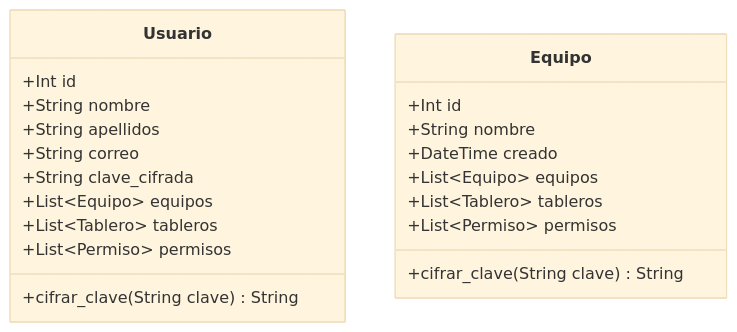
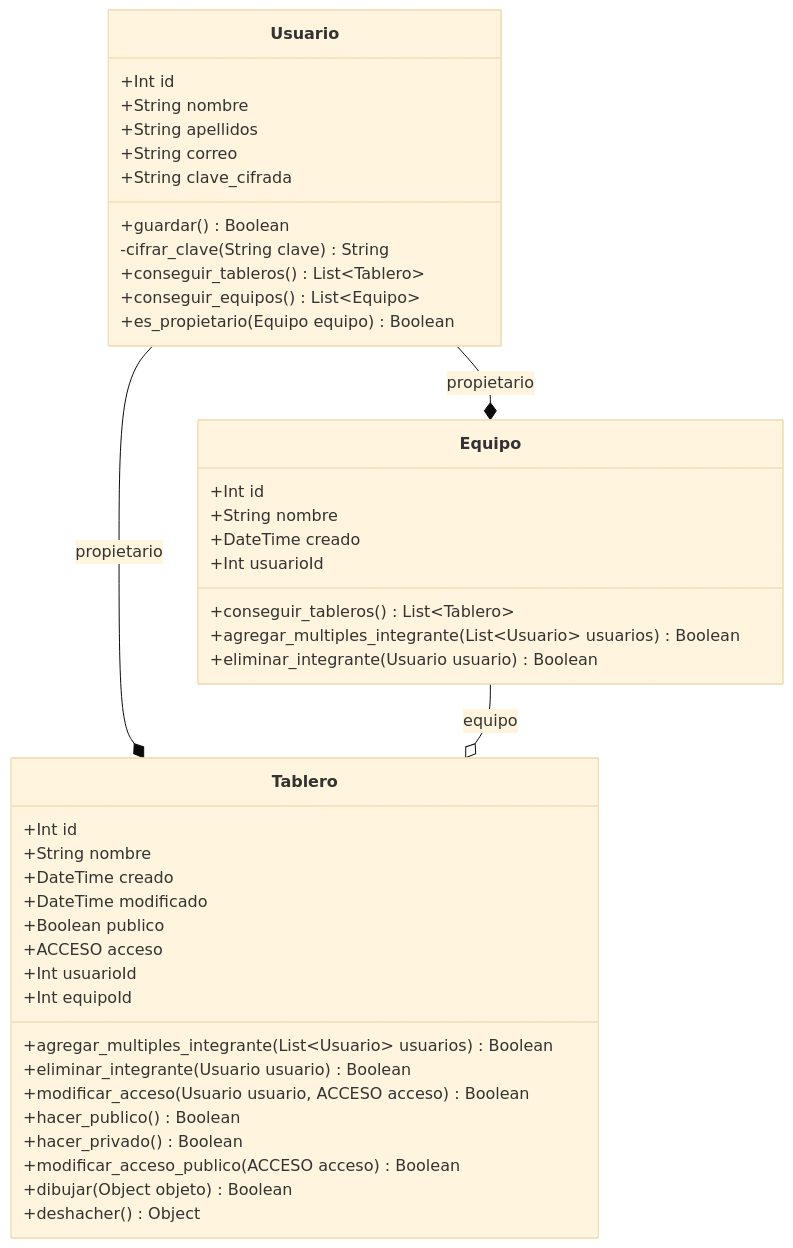
Before and after one commit to GaboGomezT/colab-whiteboard-tool: the diagram in diagrams/class.md, drawn with Mermaid (base theme).

Commit message:
updated class diagram

````diff
--- a/diagrams/class.md
+++ b/diagrams/class.md
@@ -7,26 +7,52 @@
 ```mermaid
 classDiagram
 class Usuario{
     +Int id
     +String nombre
     +String apellidos
     +String correo
     +String clave_cifrada
-    +List~Equipo~ equipos
-    +List~Tablero~ tableros
-    +List~Permiso~ permisos
 
-    +cifrar_clave(String clave) String
+    +guardar() Boolean
+    -cifrar_clave(String clave) String
+    +conseguir_tableros() List~Tablero~
+    +conseguir_equipos() List~Equipo~
+    +es_propietario(Equipo equipo) Boolean
 }
 
 class Equipo{
     +Int id
     +String nombre
     +DateTime creado
-    +List~Equipo~ equipos
-    +List~Tablero~ tableros
-    +List~Permiso~ permisos
+    +Int usuarioId
 
-    +cifrar_clave(String clave) String
+    +conseguir_tableros() List~Tablero~
+    +agregar_multiples_integrante(List~Usuario~ usuarios) Boolean
+    +eliminar_integrante(Usuario usuario) Boolean
 }
+
+class Tablero{
+    +Int id
+    +String nombre
+    +DateTime creado
+    +DateTime modificado
+    +Boolean publico
+    +ACCESO acceso
+    +Int usuarioId
+    +Int equipoId
+
+    +agregar_multiples_integrante(List~Usuario~ usuarios) Boolean
+    +eliminar_integrante(Usuario usuario) Boolean
+    +modificar_acceso(Usuario usuario, ACCESO acceso) Boolean
+    +hacer_publico() Boolean
+    +hacer_privado() Boolean
+    +modificar_acceso_publico(ACCESO acceso) Boolean
+    +dibujar(Object objeto) Boolean
+    +deshacher() Object
+}
+Usuario --* Equipo : propietario
+Usuario --* Tablero : propietario
+Equipo --o Tablero : equipo
+
+
 ```
````
